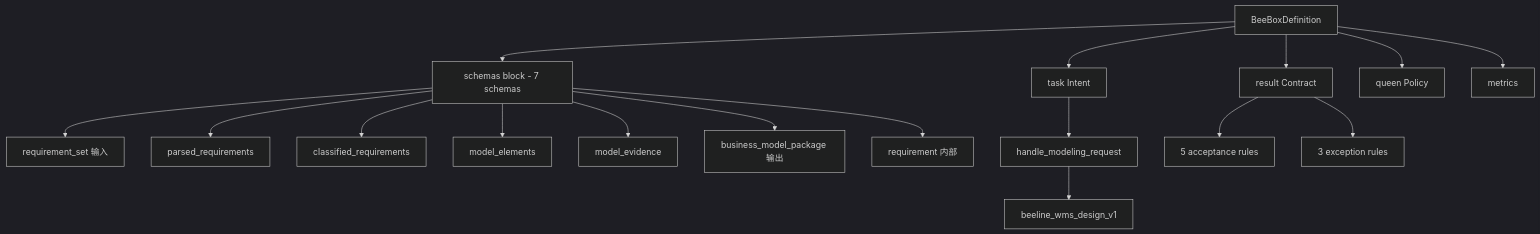
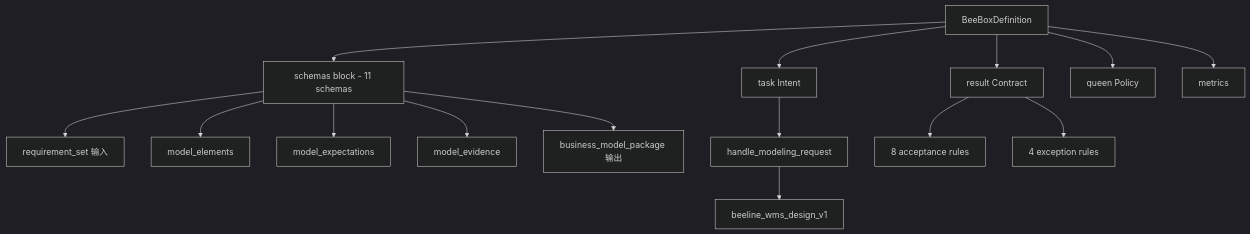
One commit to chehuizi/beeOS changed the diagram in boxes/wms_design/README.md. Above: the diagram before and after it, drawn with Mermaid (dark theme). The commit also changed other lines of this file and 22 other files, not shown here.

````diff
--- a/boxes/wms_design/README.md
+++ b/boxes/wms_design/README.md
@@ -25,23 +58,21 @@
 ```mermaid
 flowchart TB
     Def[BeeBoxDefinition]
-    Def --> Schemas[schemas block - 7 schemas]
+    Def --> Schemas[schemas block - 11 schemas]
     Def --> Task[task Intent]
     Def --> Result[result Contract]
     Def --> Queen[queen Policy]
     Def --> Metrics[metrics]
 
     Schemas --> S1[requirement_set 输入]
-    Schemas --> S2[parsed_requirements]
-    Schemas --> S3[classified_requirements]
-    Schemas --> S4[model_elements]
-    Schemas --> S5[model_evidence]
-    Schemas --> S6[business_model_package 输出]
-    Schemas --> S7[requirement 内部]
+    Schemas --> S2[model_elements]
+    Schemas --> S3[model_expectations]
+    Schemas --> S4[model_evidence]
+    Schemas --> S5[business_model_package 输出]
 
     Task --> T1[handle_modeling_request]
     T1 --> BL[beeline_wms_design_v1]
 
-    Result --> R1[5 acceptance rules]
-    Result --> R2[3 exception rules]
+    Result --> R1[8 acceptance rules]
+    Result --> R2[4 exception rules]
 ```
````
